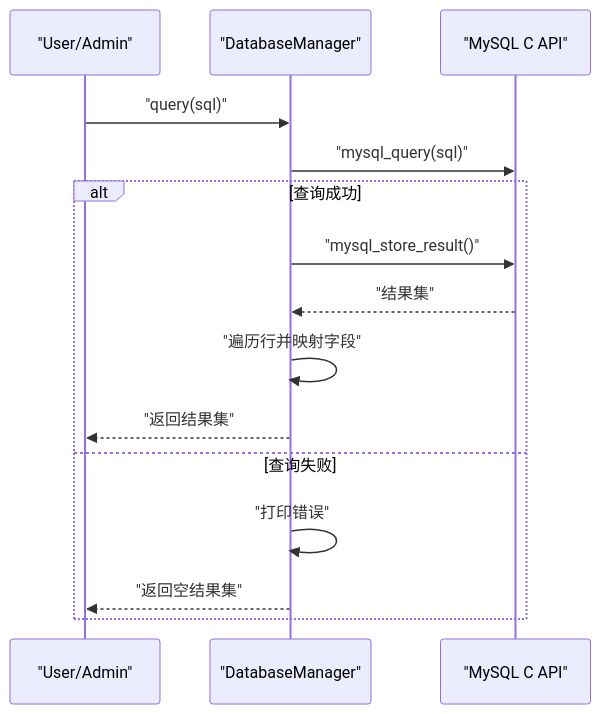
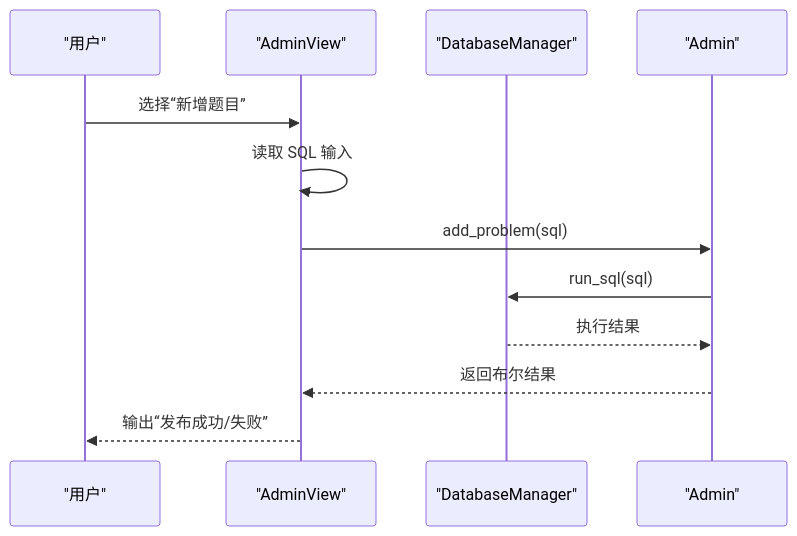
Before and after one commit to jinpeng900/OJ-Test: the fourth of 8 diagrams in .qoder/repowiki/zh/content/核心模块详解/核心模块详解.md, drawn with Mermaid. The commit also changed other lines of this file and 147 other files, not shown here.

````diff
--- a/.qoder/repowiki/zh/content/核心模块详解/核心模块详解.md
+++ b/.qoder/repowiki/zh/content/核心模块详解/核心模块详解.md
@@ -276,17 +163,14 @@
 ```mermaid
 sequenceDiagram
-participant U as "User/Admin"
+participant U as "用户"
+participant AV as "AdminView"
 participant DB as "DatabaseManager"
-participant M as "MySQL C API"
-U->>DB : "query(sql)"
-DB->>M : "mysql_query(sql)"
-alt 查询成功
-DB->>M : "mysql_store_result()"
-M-->>DB : "结果集"
-DB->>DB : "遍历行并映射字段"
-DB-->>U : "返回结果集"
-else 查询失败
-DB->>DB : "打印错误"
-DB-->>U : "返回空结果集"
-end
+participant AD as "Admin"
+U->>AV : 选择“新增题目”
+AV->>AV : 读取 SQL 输入
+AV->>AD : add_problem(sql)
+AD->>DB : run_sql(sql)
+DB-->>AD : 执行结果
+AD-->>AV : 返回布尔结果
+AV-->>U : 输出“发布成功/失败”
 ```
````
